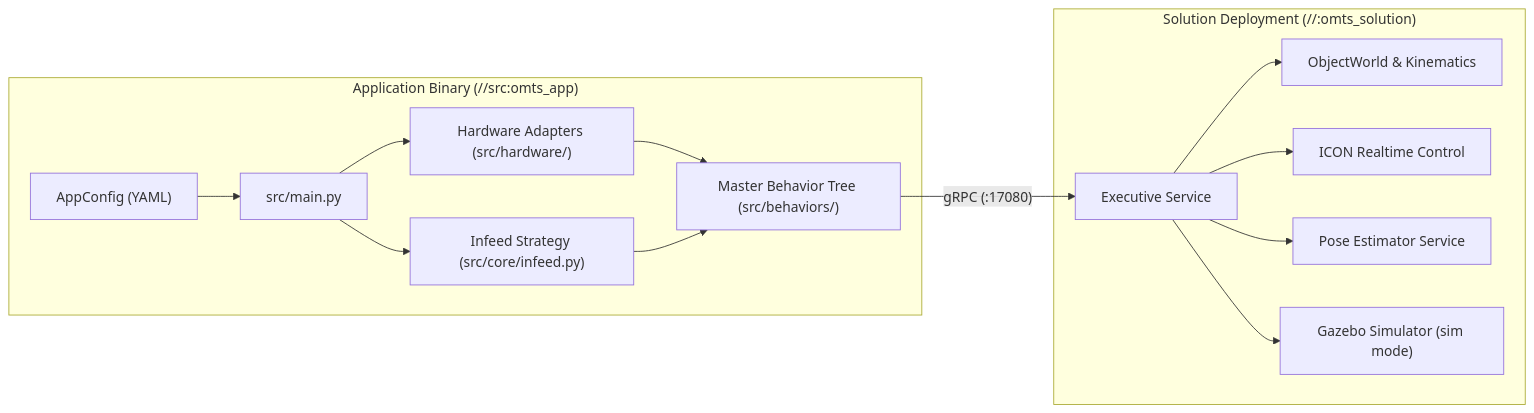
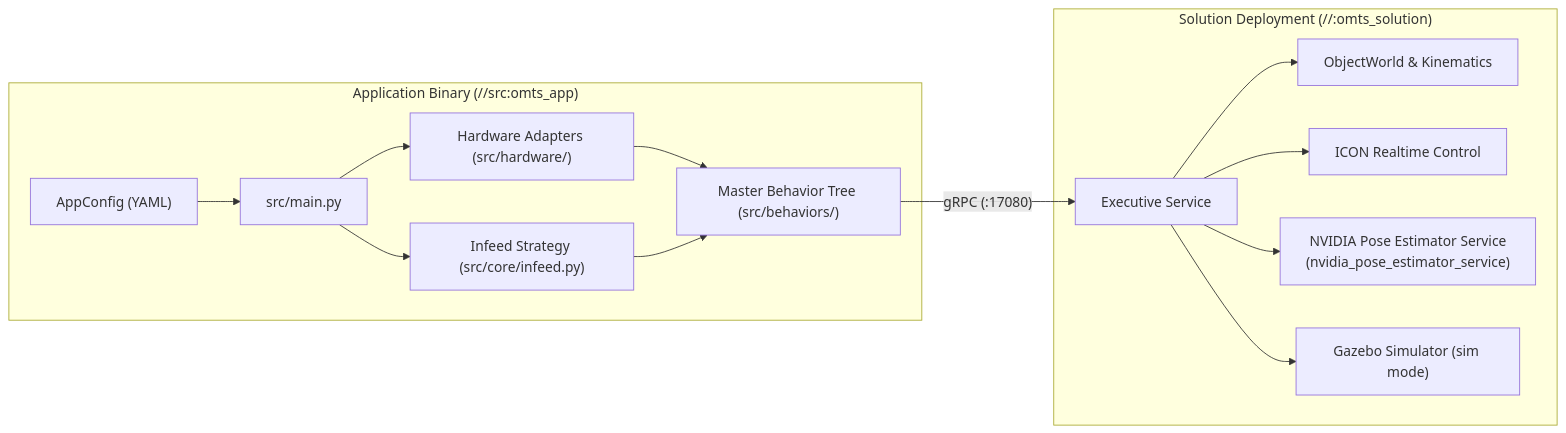
One commit to NachoRosa95/intrinsic-omts changed the first of 2 diagrams in docs/ARCHITECTURE.md. Above: the diagram before and after it, drawn with Mermaid. The commit also changed other lines of this file and 56 other files, not shown here.

First line of the commit message:
Migrate perception pipeline to nvidia_pose_estimator_service (#161)

````diff
--- a/docs/ARCHITECTURE.md
+++ b/docs/ARCHITECTURE.md
@@ -25,21 +27,21 @@
 ```mermaid
 flowchart LR
     subgraph App["Application Binary (//src:omts_app)"]
         CFG["AppConfig (YAML)"] --> MAIN["src/main.py"]
         MAIN --> HAL["Hardware Adapters (src/hardware/)"]
         MAIN --> INF["Infeed Strategy (src/core/infeed.py)"]
         HAL --> BT["Master Behavior Tree (src/behaviors/)"]
         INF --> BT
     end
 
     subgraph Cluster["Solution Deployment (//:omts_solution)"]
         EXEC["Executive Service"]
         WORLD["ObjectWorld & Kinematics"]
         ICON["ICON Realtime Control"]
-        PERC["Pose Estimator Service"]
+        PERC["NVIDIA Pose Estimator Service\n(nvidia_pose_estimator_service)"]
         SIM["Gazebo Simulator (sim mode)"]
     end
 
     BT -- "gRPC (:17080)" --> EXEC
     EXEC --> WORLD & ICON & PERC & SIM
 ```
````
